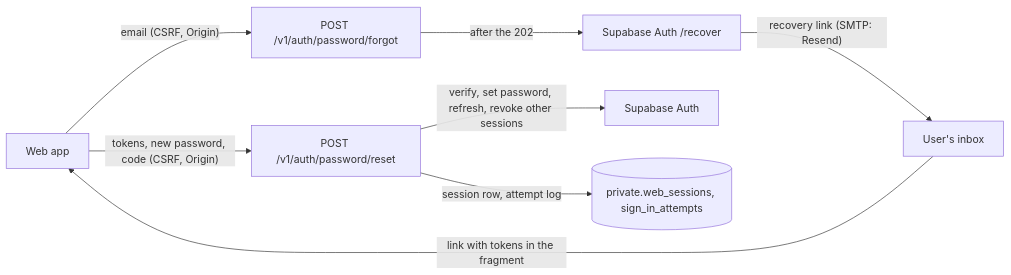
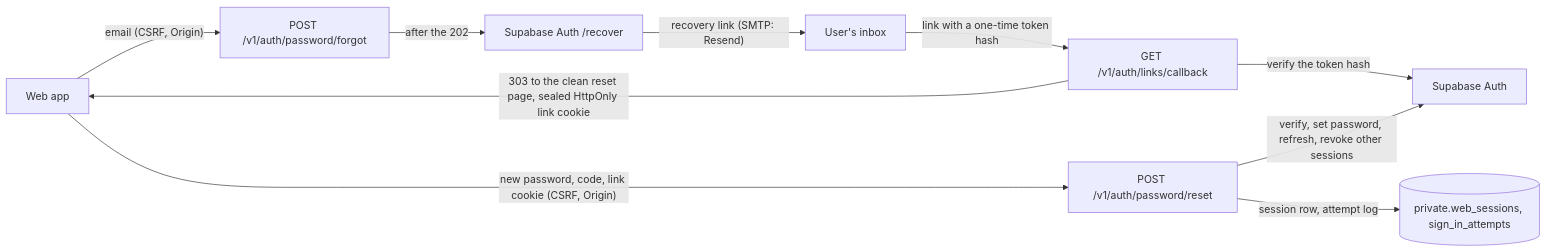
The diagram in docs/features/auth-bff/security.md (Tzvi1234/htco-platform), drawn with Mermaid before and after one commit. The commit also changed other lines of this file and 29 other files, not shown here.

First line of the commit message:
fix(security): redeem auth links and the Etsy OAuth code on the server

````diff
--- a/docs/features/auth-bff/security.md
+++ b/docs/features/auth-bff/security.md
@@ -7,10 +7,12 @@
 ```mermaid
 flowchart LR
   browser[Web app] -- "email (CSRF, Origin)" --> forgot[POST /v1/auth/password/forgot]
   forgot -- "after the 202" --> recover[Supabase Auth /recover]
   recover -- "recovery link (SMTP: Resend)" --> inbox[User's inbox]
-  inbox -- "link with tokens in the fragment" --> browser
-  browser -- "tokens, new password, code (CSRF, Origin)" --> reset[POST /v1/auth/password/reset]
+  inbox -- "link with a one-time token hash" --> callback[GET /v1/auth/links/callback]
+  callback -- "verify the token hash" --> supa
+  callback -- "303 to the clean reset page, sealed HttpOnly link cookie" --> browser
+  browser -- "new password, code, link cookie (CSRF, Origin)" --> reset[POST /v1/auth/password/reset]
   reset -- "verify, set password, refresh, revoke other sessions" --> supa[Supabase Auth]
   reset -- "session row, attempt log" --> db[(private.web_sessions, sign_in_attempts)]
 ```
````
